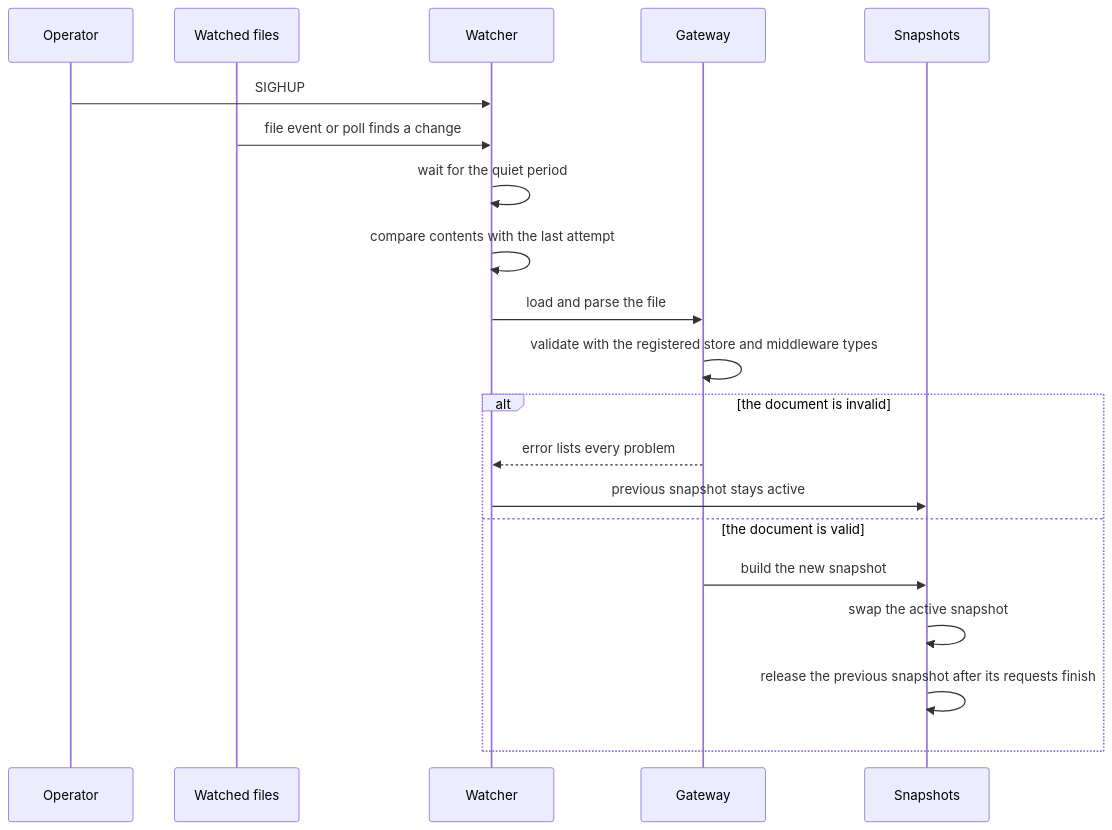
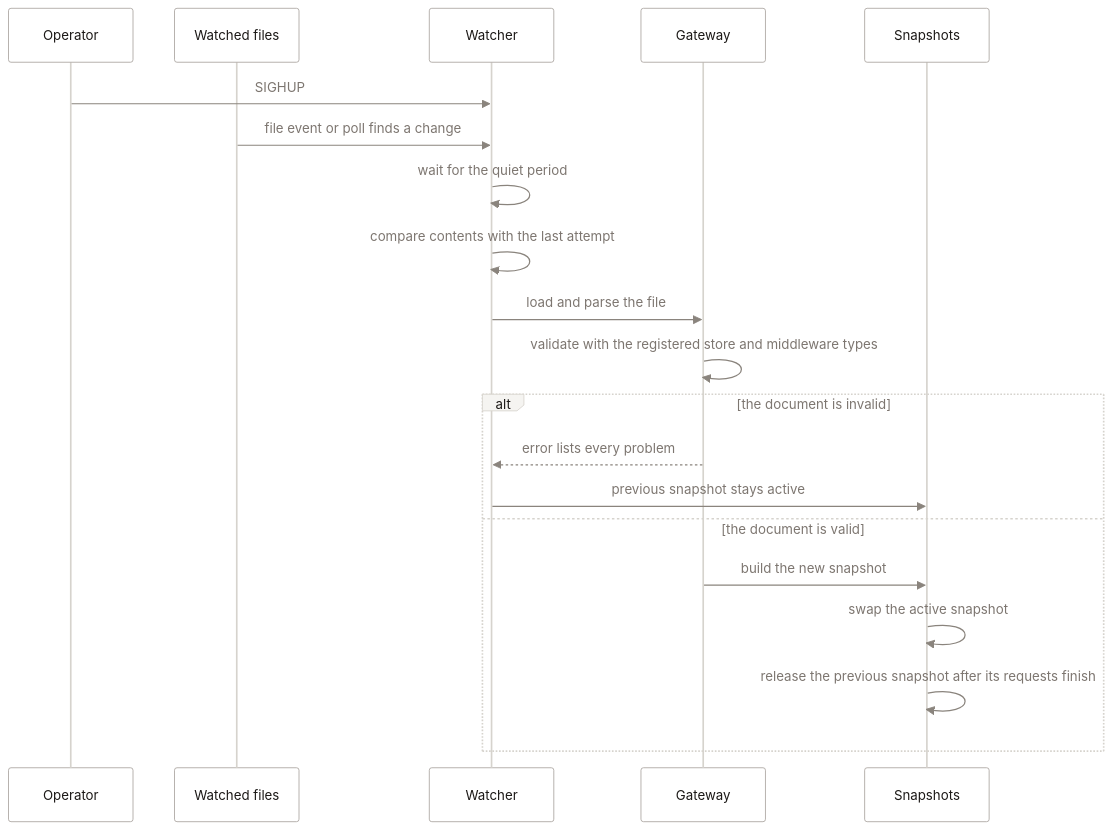
The diagram in docs/operations.md (ok0/go-microgateway), drawn with Mermaid before and after one commit. The commit also changed 4 other files, not shown here.

Commit message:
docs: restyle the Mermaid diagrams with a neutral theme

````diff
--- a/docs/operations.md
+++ b/docs/operations.md
@@ -70,22 +70,23 @@
 ```mermaid
+%%{init: {"theme": "base", "themeVariables": {"fontFamily": "-apple-system, BlinkMacSystemFont, Segoe UI, Helvetica, Arial, sans-serif", "fontSize": "14px", "primaryColor": "#ffffff", "primaryTextColor": "#1c1917", "primaryBorderColor": "#a8a29e", "lineColor": "#8a847d", "clusterBkg": "#f5f4f1", "clusterBorder": "#e2dfd9", "titleColor": "#57534e", "edgeLabelBackground": "#ffffff", "actorBkg": "#ffffff", "actorBorder": "#a8a29e", "actorTextColor": "#1c1917", "actorLineColor": "#d6d3cd", "signalColor": "#8a847d", "signalTextColor": "#7d7670", "labelBoxBkgColor": "#f5f4f1", "labelBoxBorderColor": "#d6d3cd", "labelTextColor": "#1c1917", "loopTextColor": "#7d7670", "noteBkgColor": "#f5f4f1", "noteBorderColor": "#d6d3cd", "noteTextColor": "#1c1917", "activationBkgColor": "#f5f4f1", "activationBorderColor": "#a8a29e"}, "flowchart": {"curve": "basis", "nodeSpacing": 28, "rankSpacing": 44, "padding": 14}}}%%
 sequenceDiagram
     participant Op as Operator
     participant FS as Watched files
     participant W as Watcher
     participant G as Gateway
     participant S as Snapshots
     Op->>W: SIGHUP
     FS->>W: file event or poll finds a change
     W->>W: wait for the quiet period
     W->>W: compare contents with the last attempt
     W->>G: load and parse the file
     G->>G: validate with the registered store and middleware types
     alt the document is invalid
         G-->>W: error lists every problem
         W->>S: previous snapshot stays active
     else the document is valid
         G->>S: build the new snapshot
         S->>S: swap the active snapshot
         S->>S: release the previous snapshot after its requests finish
     end
 ```
````
